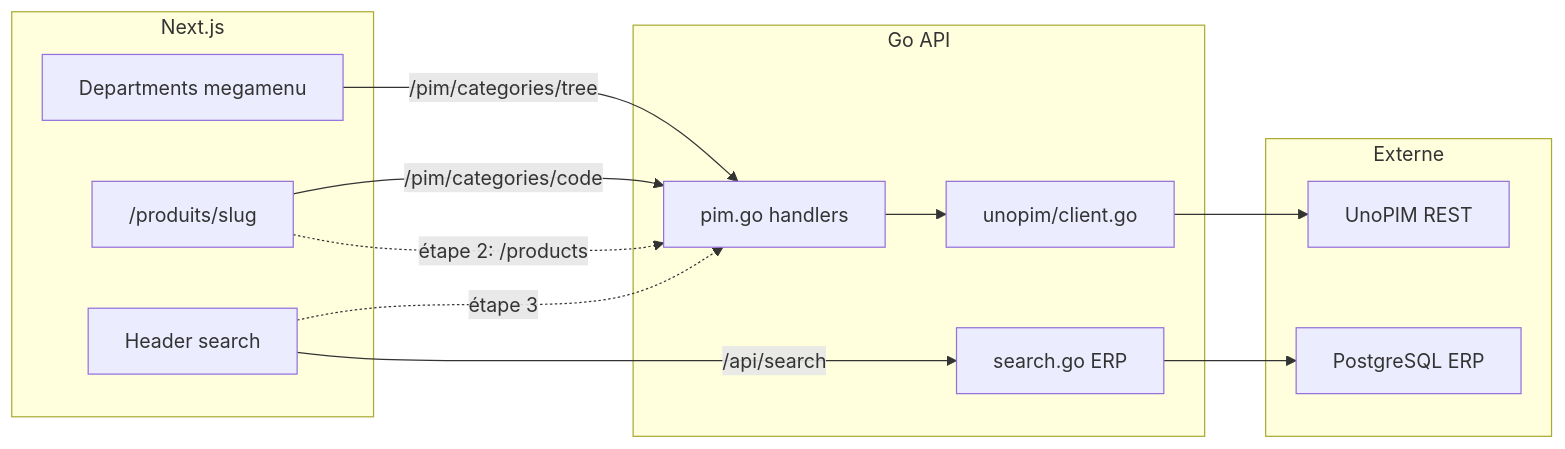
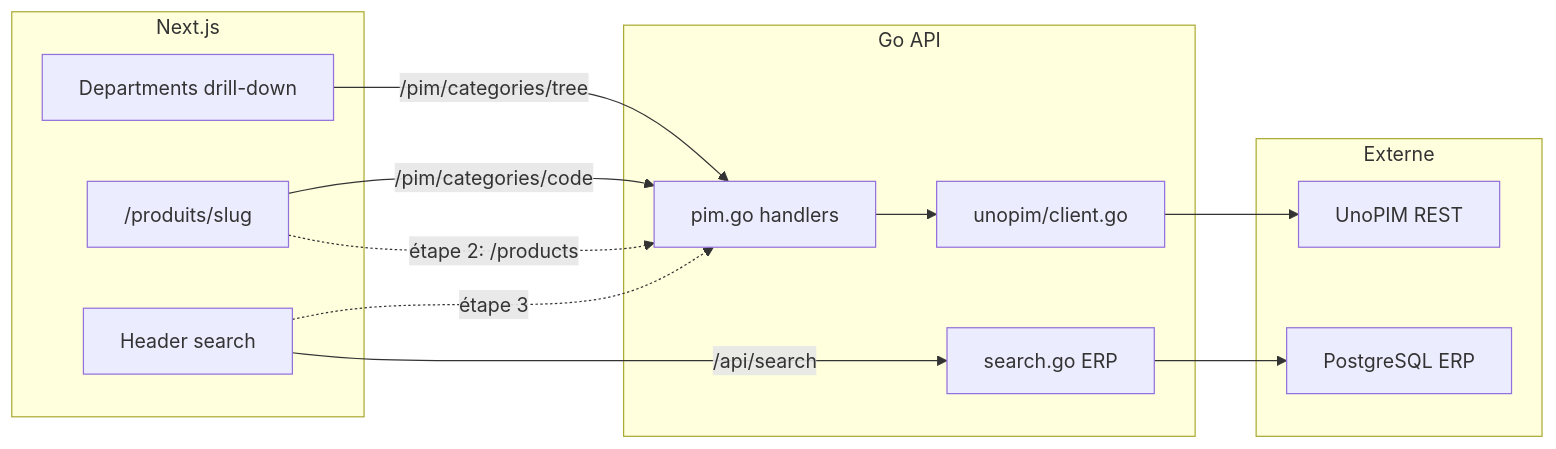
The diagram in 01 - Context/unopim-roadmap.md (N95Ryan/midbec-journey), drawn with Mermaid before and after one commit. The commit also changed other lines of this file and 4 other files, not shown here.

````diff
--- a/01 - Context/unopim-roadmap.md
+++ b/01 - Context/unopim-roadmap.md
@@ -262,27 +344,27 @@
 ```mermaid
 flowchart LR
     subgraph frontend [Next.js]
-        Departments[Departments megamenu]
+        Departments[Departments drill-down]
         CatPage["/produits/slug"]
         Search[Header search]
     end
 
     subgraph goapi [Go API]
         PimHandlers[pim.go handlers]
         UnoClient[unopim/client.go]
         SearchHandler[search.go ERP]
     end
 
     subgraph external [Externe]
         UnoPIM[UnoPIM REST]
         ERP[PostgreSQL ERP]
     end
 
     Departments -->|"/pim/categories/tree"| PimHandlers
     CatPage -->|"/pim/categories/code"| PimHandlers
     CatPage -.->|"étape 2: /products"| PimHandlers
     Search -.->|"étape 3"| PimHandlers
     Search -->|"/api/search"| SearchHandler
     PimHandlers --> UnoClient --> UnoPIM
     SearchHandler --> ERP
 ```
````
